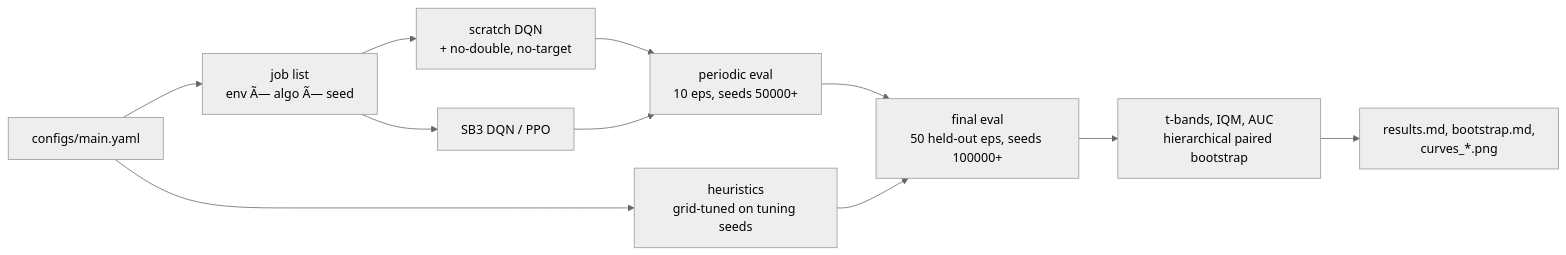
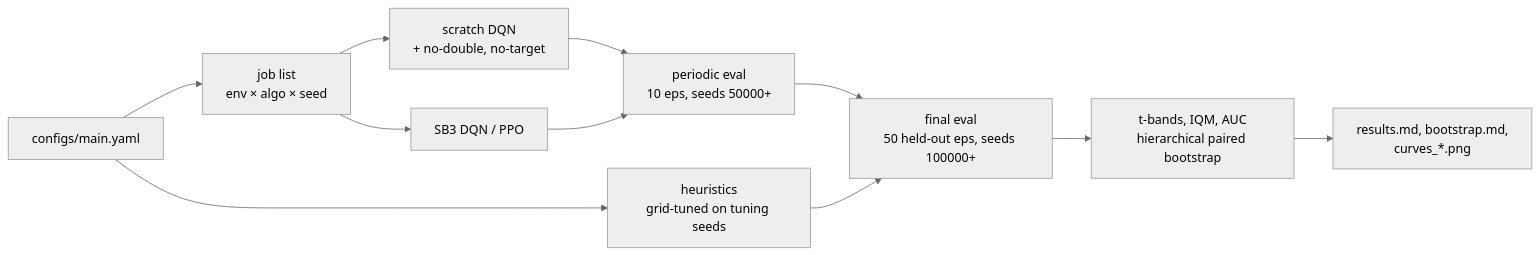
Before and after one commit to JDevender007/Artificial_Intelligence: the diagram in 10-rl-inventory/README.md, drawn with Mermaid (neutral theme). The commit also changed other lines of this file and 51 other files, not shown here.

````diff
--- a/10-rl-inventory/README.md
+++ b/10-rl-inventory/README.md
@@ -41,13 +41,13 @@
 ```mermaid
 flowchart LR
-    C[configs/main.yaml] --> J[job list<br/>env Ã— algo Ã— seed]
+    C[configs/main.yaml] --> J[job list<br/>env × algo × seed]
     J --> D[scratch DQN<br/>+ no-double, no-target]
     J --> S[SB3 DQN / PPO]
     C --> H[heuristics<br/>grid-tuned on tuning seeds]
     D --> E[periodic eval<br/>10 eps, seeds 50000+]
     S --> E
     E --> F[final eval<br/>50 held-out eps, seeds 100000+]
     H --> F
     F --> R[t-bands, IQM, AUC<br/>hierarchical paired bootstrap]
     R --> O[results.md, bootstrap.md,<br/>curves_*.png]
 ```
````
